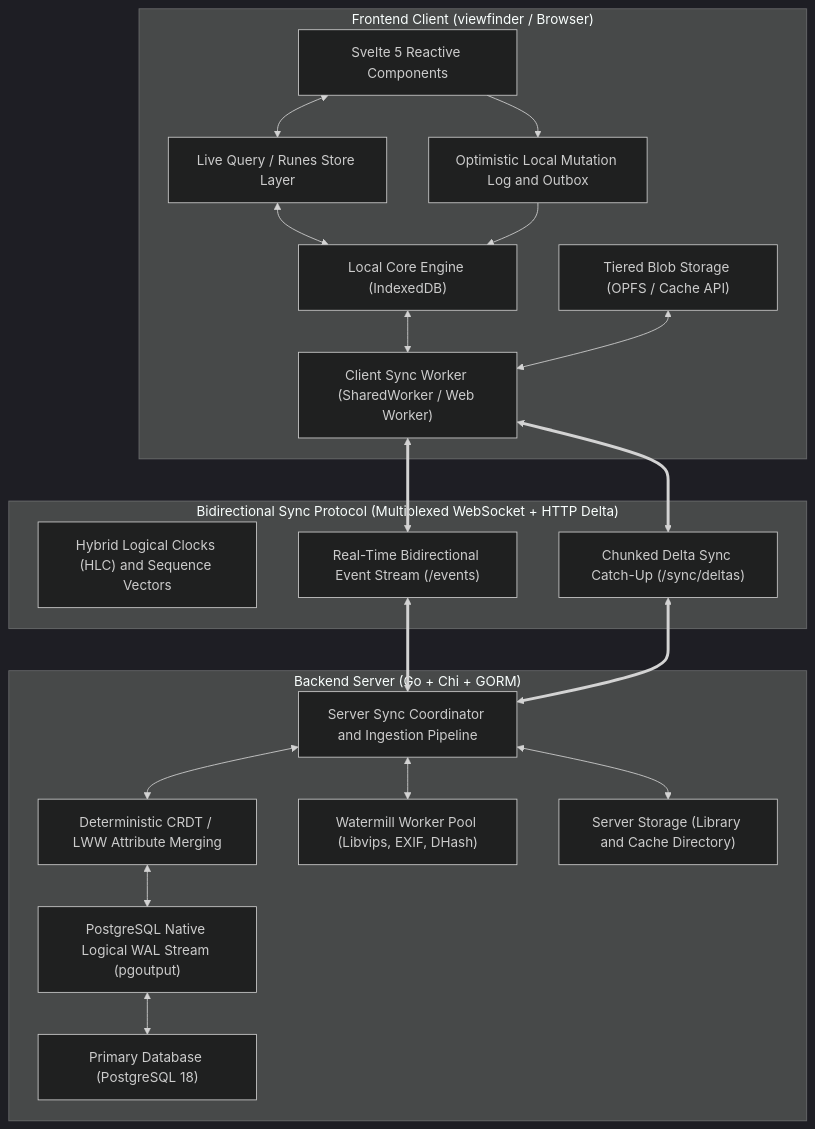
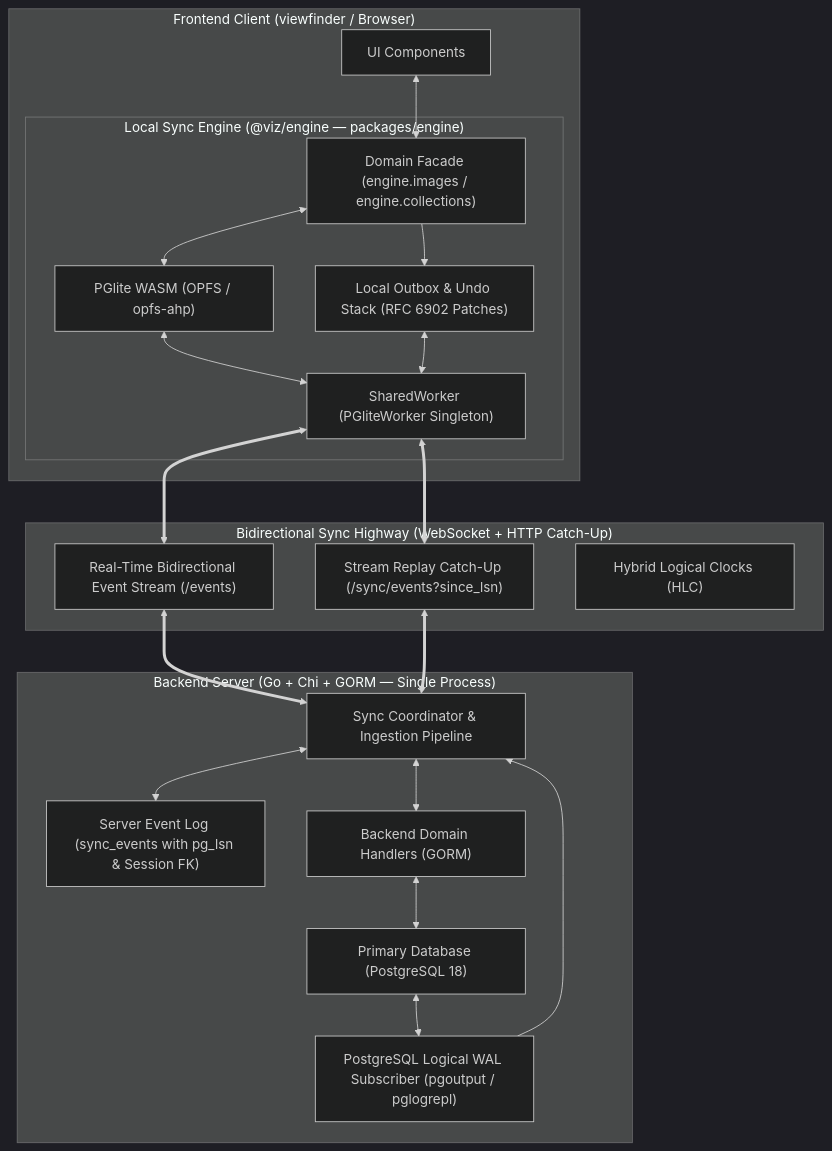
One commit to garvageart/viz changed the diagram in docs/architecture/SYNC_ENGINE.md. Above: the diagram before and after it, drawn with Mermaid (dark theme). The commit also changed other lines of this file, not shown here.

First line of the commit message:
docs(architecture): redesign sync engine architecture with PGlite, OPFS, and WAL replication

````diff
--- a/docs/architecture/SYNC_ENGINE.md
+++ b/docs/architecture/SYNC_ENGINE.md
@@ -20,45 +46,44 @@
 ```mermaid
 flowchart TB
     subgraph UI_Client ["Frontend Client (viewfinder / Browser)"]
-        UI["Svelte 5 Reactive Components"]
-        LiveQ["Live Query / Runes Store Layer"]
-        LocalEngine["Local Core Engine (IndexedDB)"]
-        MutQueue["Optimistic Local Mutation Log and Outbox"]
-        BlobStore["Tiered Blob Storage (OPFS / Cache API)"]
-        SyncWorker["Client Sync Worker (SharedWorker / Web Worker)"]
+        UI["UI Components"]
+        subgraph EnginePkg ["Local Sync Engine (@viz/engine — packages/engine)"]
+            DomainAPI["Domain Facade (engine.images / engine.collections)"]
+            LocalEngine["PGlite WASM (OPFS / opfs-ahp)"]
+            EventLog["Local Outbox & Undo Stack (RFC 6902 Patches)"]
+            SharedWorkerClient["SharedWorker (PGliteWorker Singleton)"]
+        end
     end
 
-    subgraph Sync_Protocol ["Bidirectional Sync Protocol (Multiplexed WebSocket + HTTP Delta)"]
-        HLC["Hybrid Logical Clocks (HLC) and Sequence Vectors"]
+    subgraph Sync_Protocol ["Bidirectional Sync Highway (WebSocket + HTTP Catch-Up)"]
         WSChannel["Real-Time Bidirectional Event Stream (/events)"]
-        DeltaSync["Chunked Delta Sync Catch-Up (/sync/deltas)"]
+        EventCatchup["Stream Replay Catch-Up (/sync/events?since_lsn)"]
+        HLC["Hybrid Logical Clocks (HLC)"]
     end
 
-    subgraph Backend_Server ["Backend Server (Go + Chi + GORM)"]
-        ServerEngine["Server Sync Coordinator and Ingestion Pipeline"]
-        WAL["PostgreSQL Native Logical WAL Stream (pgoutput)"]
-        ConflictResolver["Deterministic CRDT / LWW Attribute Merging"]
+    subgraph Backend_Server ["Backend Server (Go + Chi + GORM — Single Process)"]
+        SyncCoordinator["Sync Coordinator & Ingestion Pipeline"]
+        WALSub["PostgreSQL Logical WAL Subscriber (pgoutput / pglogrepl)"]
         PG["Primary Database (PostgreSQL 18)"]
-        WorkerPool["Watermill Worker Pool (Libvips, EXIF, DHash)"]
-        DiskStore["Server Storage (Library and Cache Directory)"]
+        ServerEventLog["Server Event Log (sync_events with pg_lsn & Session FK)"]
+        DomainService["Backend Domain Handlers (GORM)"]
     end
 
-    UI <--> LiveQ
-    LiveQ <--> LocalEngine
-    UI --> MutQueue
-    MutQueue --> LocalEngine
-    LocalEngine <--> SyncWorker
-    BlobStore <--> SyncWorker
+    UI <--> DomainAPI
+    DomainAPI <--> LocalEngine
+    DomainAPI --> EventLog
+    LocalEngine <--> SharedWorkerClient
+    EventLog <--> SharedWorkerClient
 
-    SyncWorker <==> WSChannel
-    SyncWorker <==> DeltaSync
+    SharedWorkerClient <==> WSChannel
+    SharedWorkerClient <==> EventCatchup
 
-    WSChannel <==> ServerEngine
-    DeltaSync <==> ServerEngine
+    WSChannel <==> SyncCoordinator
+    EventCatchup <==> SyncCoordinator
 
-    ServerEngine <--> ConflictResolver
-    ConflictResolver <--> WAL
-    WAL <--> PG
-    ServerEngine <--> DiskStore
-    ServerEngine <--> WorkerPool
+    SyncCoordinator <--> DomainService
+    SyncCoordinator <--> ServerEventLog
+    DomainService <--> PG
+    PG <--> WALSub
+    WALSub --> SyncCoordinator
 ```
````
